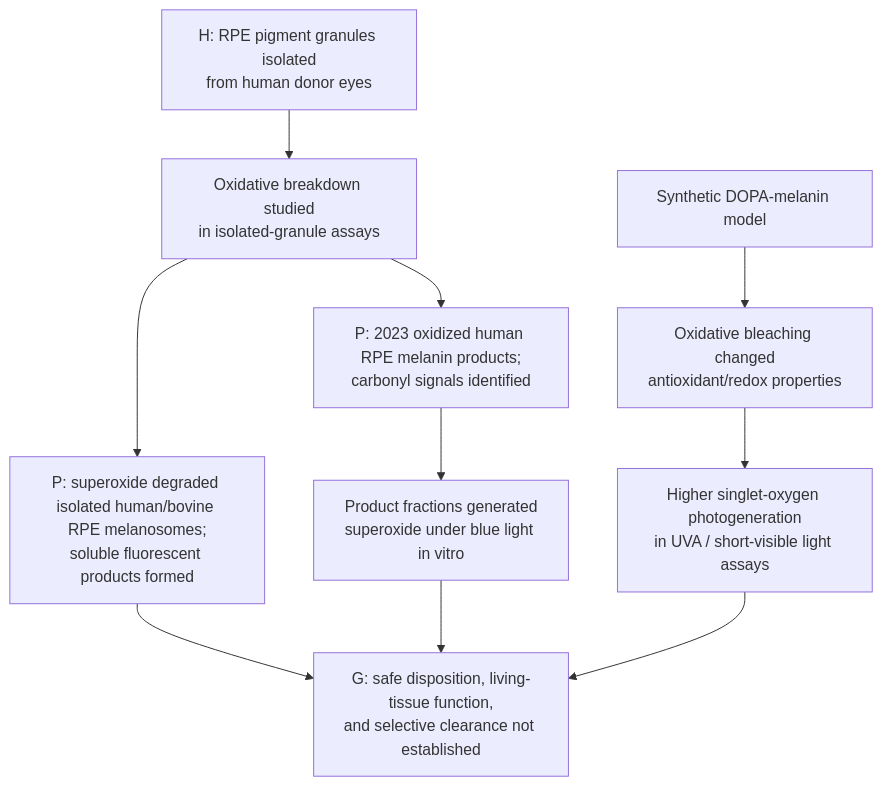
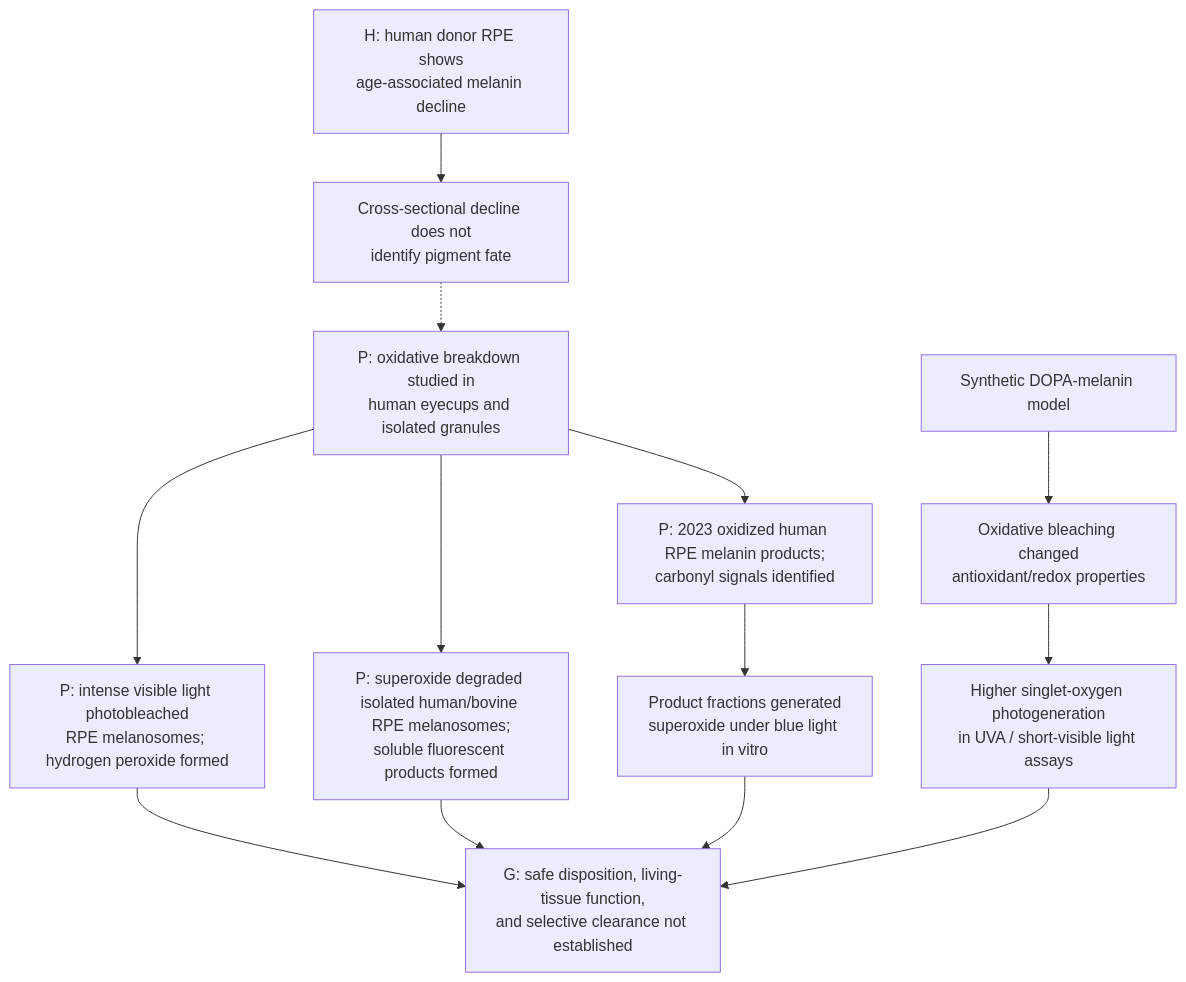
Diagram 15 of 38 in research/tissue-pigment-atlas.md (dylanstechmann/iris-color-without-contacts), drawn with Mermaid before and after one commit. The commit also changed other lines of this file, not shown here.

Commit message:
Add age-related human RPE melanin evidence

````diff
--- a/research/tissue-pigment-atlas.md
+++ b/research/tissue-pigment-atlas.md
@@ -417,12 +417,15 @@
 ```mermaid
 flowchart TD
-    H["H: RPE pigment granules isolated<br/>from human donor eyes"] --> O["Oxidative breakdown studied<br/>in isolated-granule assays"]
+    H["H: human donor RPE shows<br/>age-associated melanin decline"] --> A["Cross-sectional decline does not<br/>identify pigment fate"]
+    A -.-> O["P: oxidative breakdown studied in<br/>human eyecups and isolated granules"]
+    O --> EY["P: intense visible light photobleached<br/>RPE melanosomes; hydrogen peroxide formed"]
+    EY --> G["G: safe disposition, living-tissue function,<br/>and selective clearance not established"]
     O --> SO["P: superoxide degraded isolated human/bovine RPE melanosomes;<br/>soluble fluorescent products formed"]
     SO --> G
     O --> P["P: 2023 oxidized human RPE melanin products;<br/>carbonyl signals identified"]
     P --> S["Product fractions generated<br/>superoxide under blue light in vitro"]
     D["Synthetic DOPA-melanin model"] --> B["Oxidative bleaching changed<br/>antioxidant/redox properties"]
     B --> R["Higher singlet-oxygen photogeneration<br/>in UVA / short-visible light assays"]
-    S --> G["G: safe disposition, living-tissue function,<br/>and selective clearance not established"]
+    S --> G
     R --> G
 ```
````
